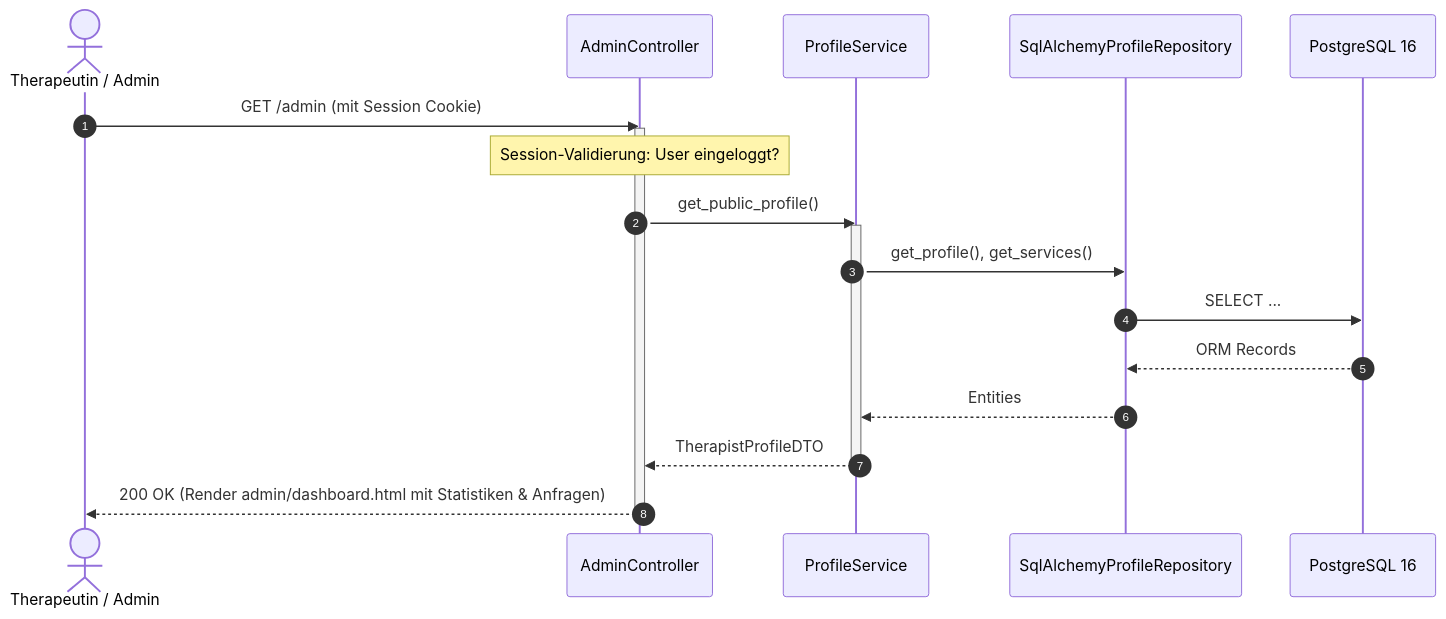
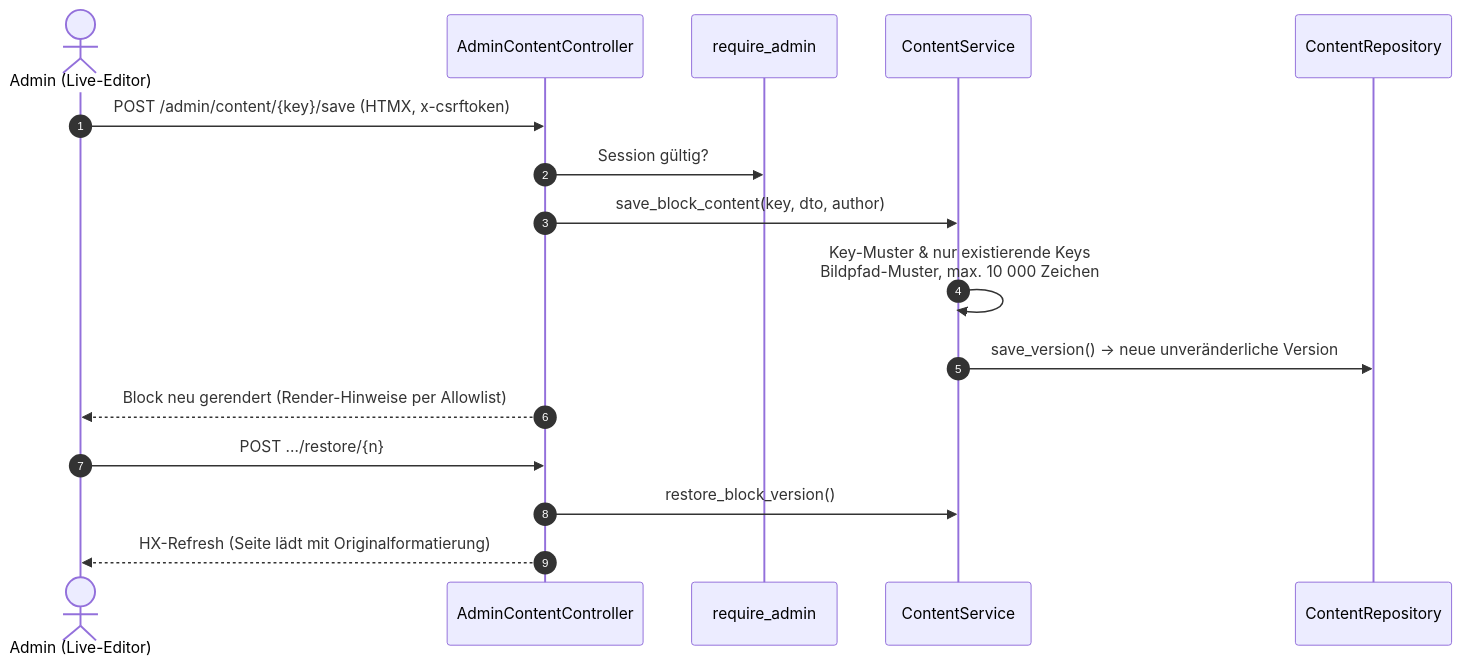
The fourth of 5 diagrams in docs/architecture/sequence_diagrams.md (winSC1ENCE/pusterum), drawn with Mermaid before and after one commit. The commit also changed other lines of this file and 247 other files, not shown here.

````diff
--- a/docs/architecture/sequence_diagrams.md
+++ b/docs/architecture/sequence_diagrams.md
@@ -200,25 +107,19 @@
 ```mermaid
 sequenceDiagram
     autonumber
-    actor Admin as Therapeutin / Admin
-    participant Ctrl as AdminController
-    participant ProfSvc as ProfileService
-    participant Repo as SqlAlchemyProfileRepository
-    participant DB as PostgreSQL 16
+    actor A as Admin (Live-Editor)
+    participant CC as AdminContentController
+    participant G as require_admin
+    participant CS as ContentService
+    participant R as ContentRepository
 
-    Admin->>Ctrl: GET /admin (mit Session Cookie)
-    activate Ctrl
-    Note over Ctrl: Session-Validierung: User eingeloggt?
-
-    Ctrl->>ProfSvc: get_public_profile()
-    activate ProfSvc
-    ProfSvc->>Repo: get_profile(), get_services()
-    Repo->>DB: SELECT ...
-    DB-->>Repo: ORM Records
-    Repo-->>ProfSvc: Entities
-    ProfSvc-->>Ctrl: TherapistProfileDTO
-    deactivate ProfSvc
-
-    Ctrl-->>Admin: 200 OK (Render admin/dashboard.html mit Statistiken & Anfragen)
-    deactivate Ctrl
+    A->>CC: POST /admin/content/{key}/save (HTMX, x-csrftoken)
+    CC->>G: Session gültig?
+    CC->>CS: save_block_content(key, dto, author)
+    CS->>CS: Key-Muster & nur existierende Keys<br/>Bildpfad-Muster, max. 10 000 Zeichen
+    CS->>R: save_version() → neue unveränderliche Version
+    CC-->>A: Block neu gerendert (Render-Hinweise per Allowlist)
+    A->>CC: POST …/restore/{n}
+    CC->>CS: restore_block_version()
+    CC-->>A: HX-Refresh (Seite lädt mit Originalformatierung)
 ```
````
